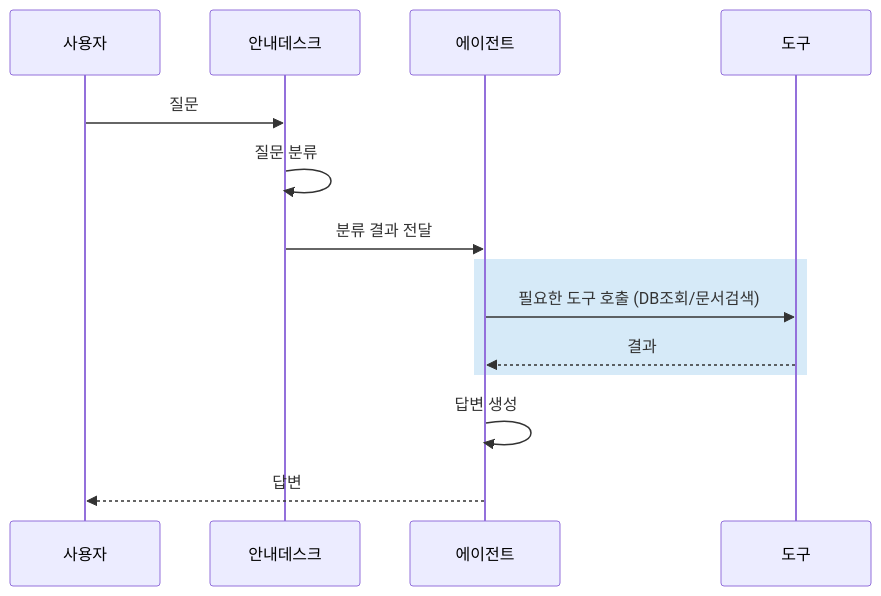
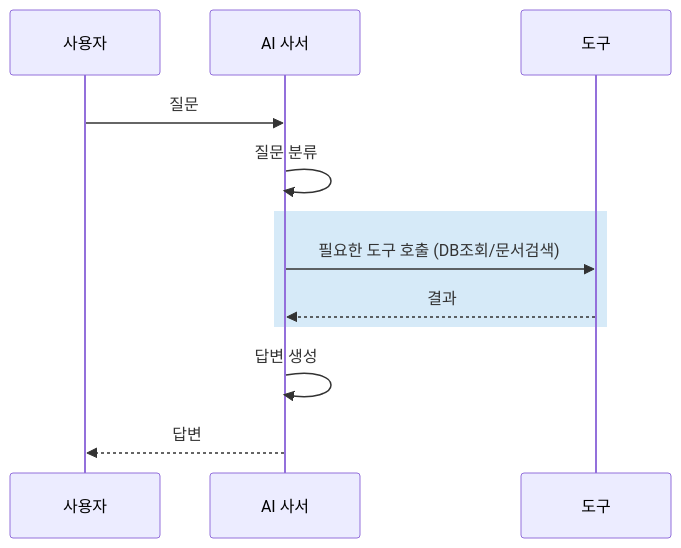
Before and after one commit to edu-openskill/lecture-book-workflow: the third of 4 diagrams in projects/사내AI비서_v2/chapters/06-연차도-규정도-한번에.md, drawn with Mermaid. The commit also changed other lines of this file, not shown here.

First line of the commit message:
feat: CH06 비유 전환 — 안내데스크 → AI 사서

````diff
--- a/projects/사내AI비서_v2/chapters/06-연차도-규정도-한번에.md
+++ b/projects/사내AI비서_v2/chapters/06-연차도-규정도-한번에.md
@@ -544,12 +536,11 @@
 ```mermaid
 sequenceDiagram
-    사용자->>안내데스크: 질문
-    안내데스크->>안내데스크: 질문 분류
-    안내데스크->>에이전트: 분류 결과 전달
+    사용자->>AI 사서: 질문
+    AI 사서->>AI 사서: 질문 분류
     rect rgb(214, 234, 248)
-        에이전트->>도구: 필요한 도구 호출 (DB조회/문서검색)
-        도구-->>에이전트: 결과
+        AI 사서->>도구: 필요한 도구 호출 (DB조회/문서검색)
+        도구-->>AI 사서: 결과
     end
-    에이전트->>에이전트: 답변 생성
-    에이전트-->>사용자: 답변
+    AI 사서->>AI 사서: 답변 생성
+    AI 사서-->>사용자: 답변
 ```
````
